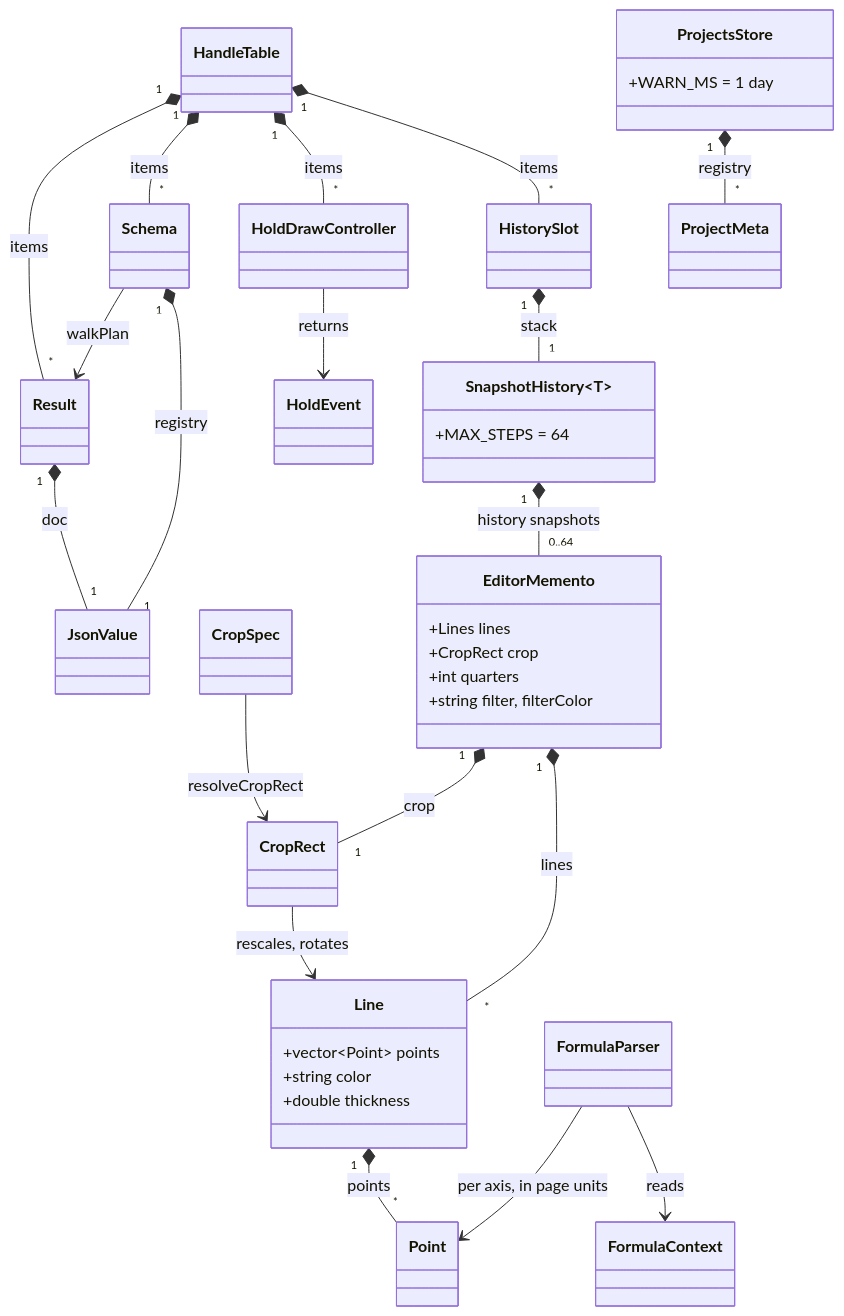
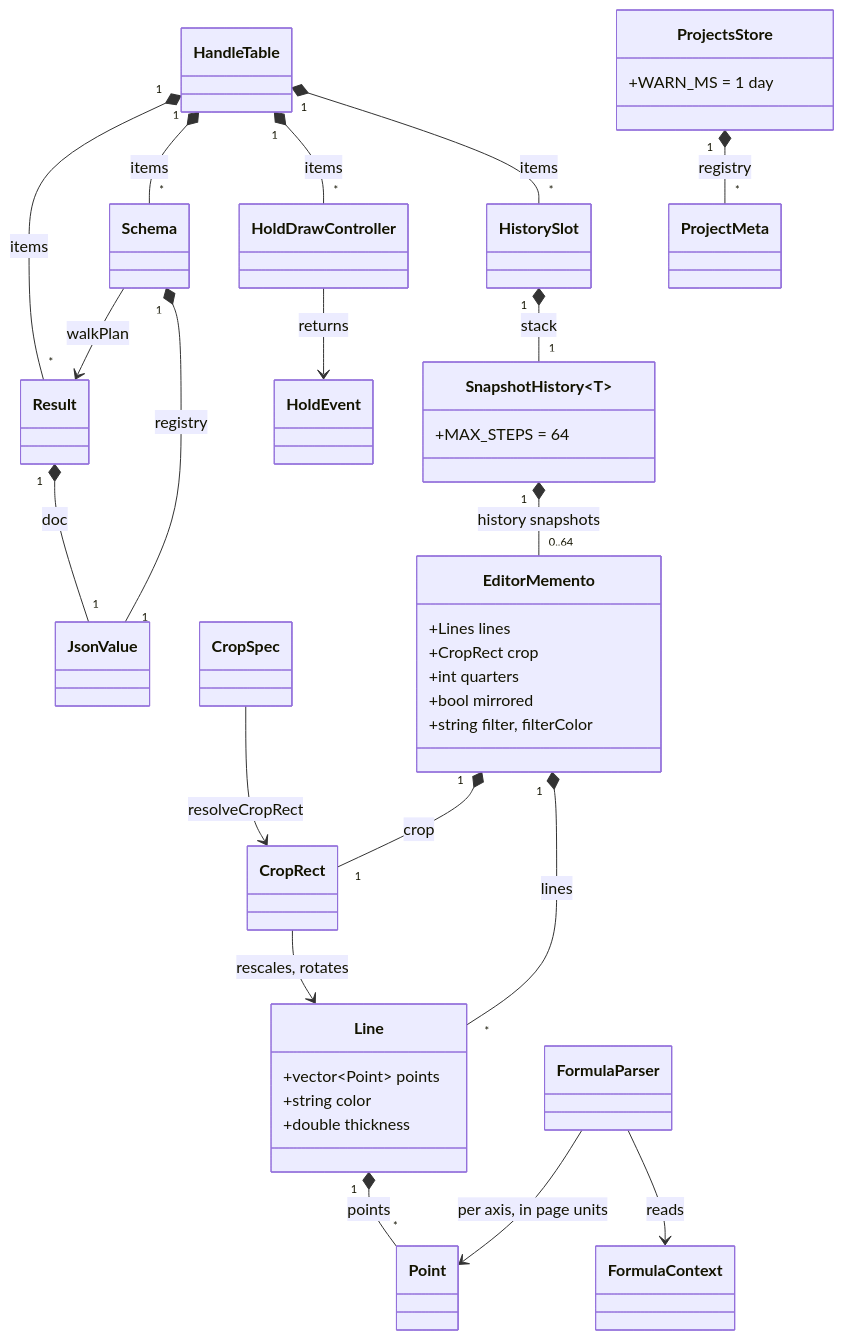
Before and after one commit to andrew1407/stencil: the diagram in core/ARCHITECTURE.md, drawn with Mermaid. The commit also changed other lines of this file and 365 other files, not shown here.

````diff
--- a/core/ARCHITECTURE.md
+++ b/core/ARCHITECTURE.md
@@ -44,39 +44,40 @@
 ```mermaid
 classDiagram
     class Line {
         +vector~Point~ points
         +string color
         +double thickness
     }
     class SnapshotHistory~T~ {
         +MAX_STEPS = 64
     }
     class EditorMemento {
         +Lines lines
         +CropRect crop
         +int quarters
+        +bool mirrored
         +string filter, filterColor
     }
     class ProjectsStore {
         +WARN_MS = 1 day
     }
 
     Line "1" *-- "*" Point : points
     SnapshotHistory "1" *-- "0..64" EditorMemento : history snapshots
     EditorMemento "1" *-- "*" Line : lines
     EditorMemento "1" *-- "1" CropRect : crop
     HistorySlot "1" *-- "1" SnapshotHistory : stack
     HandleTable "1" *-- "*" HistorySlot : items
     HandleTable "1" *-- "*" HoldDrawController : items
     HandleTable "1" *-- "*" Schema : items
     HandleTable "1" *-- "*" Result : items
     HoldDrawController --> HoldEvent : returns
     ProjectsStore "1" *-- "*" ProjectMeta : registry
     CropSpec --> CropRect : resolveCropRect
     CropRect --> Line : rescales, rotates
     FormulaParser --> FormulaContext : reads
     FormulaParser --> Point : per axis, in page units
     Schema "1" *-- "1" JsonValue : registry
     Schema --> Result : walkPlan
     Result "1" *-- "1" JsonValue : doc
 ```
````
